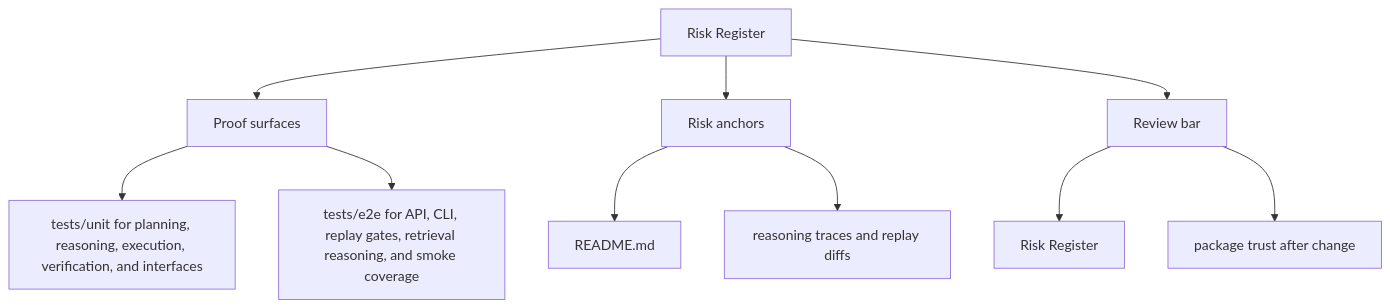
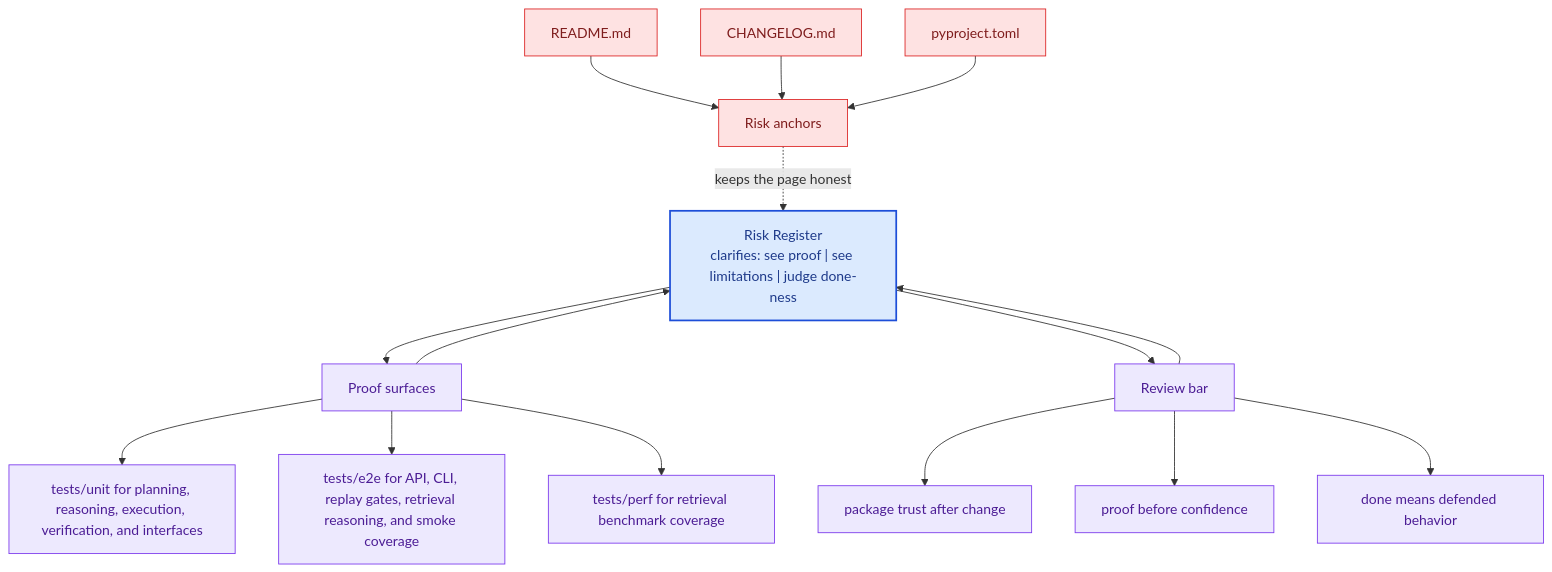
Before and after one commit to bijux/bijux-canon: the second of 2 diagrams in docs/bijux-canon-reason/quality/risk-register.md, drawn with Mermaid. The commit also changed other lines of this file and 281 other files, not shown here.

Commit message:
docs(diagrams): deepen handbook mermaid maps across the catalog

````diff
--- a/docs/bijux-canon-reason/quality/risk-register.md
+++ b/docs/bijux-canon-reason/quality/risk-register.md
@@ -35,22 +68,41 @@
 ```mermaid
-flowchart TD
-    page["Risk Register"]
+flowchart TB
+    promise["Risk Register<br/>clarifies: see proof | see limitations | judge done-ness"]
+    classDef promise fill:#dbeafe,stroke:#1d4ed8,color:#1e3a8a,stroke-width:2px;
+    classDef driver fill:#dcfce7,stroke:#16a34a,color:#14532d;
+    classDef constraint fill:#fee2e2,stroke:#dc2626,color:#7f1d1d;
+    classDef ground fill:#ede9fe,stroke:#7c3aed,color:#4c1d95;
     focus1["Proof surfaces"]
-    page --> focus1
+    focus1 --> promise
+    promise --> focus1
     focus1_1["tests/unit for planning, reasoning, execution, verification, and interfaces"]
     focus1 --> focus1_1
     focus1_2["tests/e2e for API, CLI, replay gates, retrieval reasoning, and smoke coverage"]
     focus1 --> focus1_2
+    focus1_3["tests/perf for retrieval benchmark coverage"]
+    focus1 --> focus1_3
+    class focus1 ground;
+    class focus1_1,focus1_2,focus1_3 ground;
     focus2["Risk anchors"]
-    page --> focus2
+    focus2 -.keeps the page honest.-> promise
     focus2_1["README.md"]
-    focus2 --> focus2_1
-    focus2_2["reasoning traces and replay diffs"]
-    focus2 --> focus2_2
+    focus2_1 --> focus2
+    focus2_2["CHANGELOG.md"]
+    focus2_2 --> focus2
+    focus2_3["pyproject.toml"]
+    focus2_3 --> focus2
+    class focus2 constraint;
+    class focus2_1,focus2_2,focus2_3 constraint;
     focus3["Review bar"]
-    page --> focus3
-    focus3_1["Risk Register"]
+    focus3 --> promise
+    promise --> focus3
+    focus3_1["package trust after change"]
     focus3 --> focus3_1
-    focus3_2["package trust after change"]
+    focus3_2["proof before confidence"]
     focus3 --> focus3_2
+    focus3_3["done means defended behavior"]
+    focus3 --> focus3_3
+    class focus3 ground;
+    class focus3_1,focus3_2,focus3_3 ground;
+    class promise promise;
 ```
````
